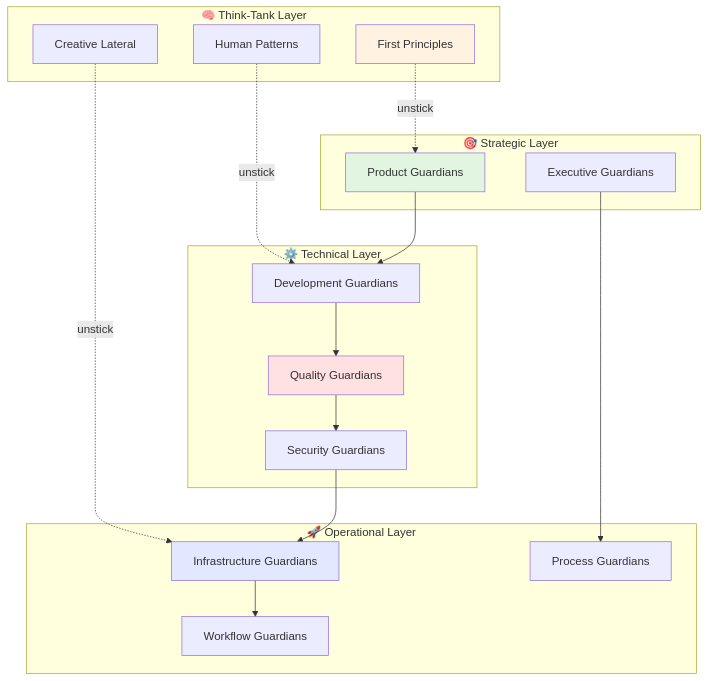
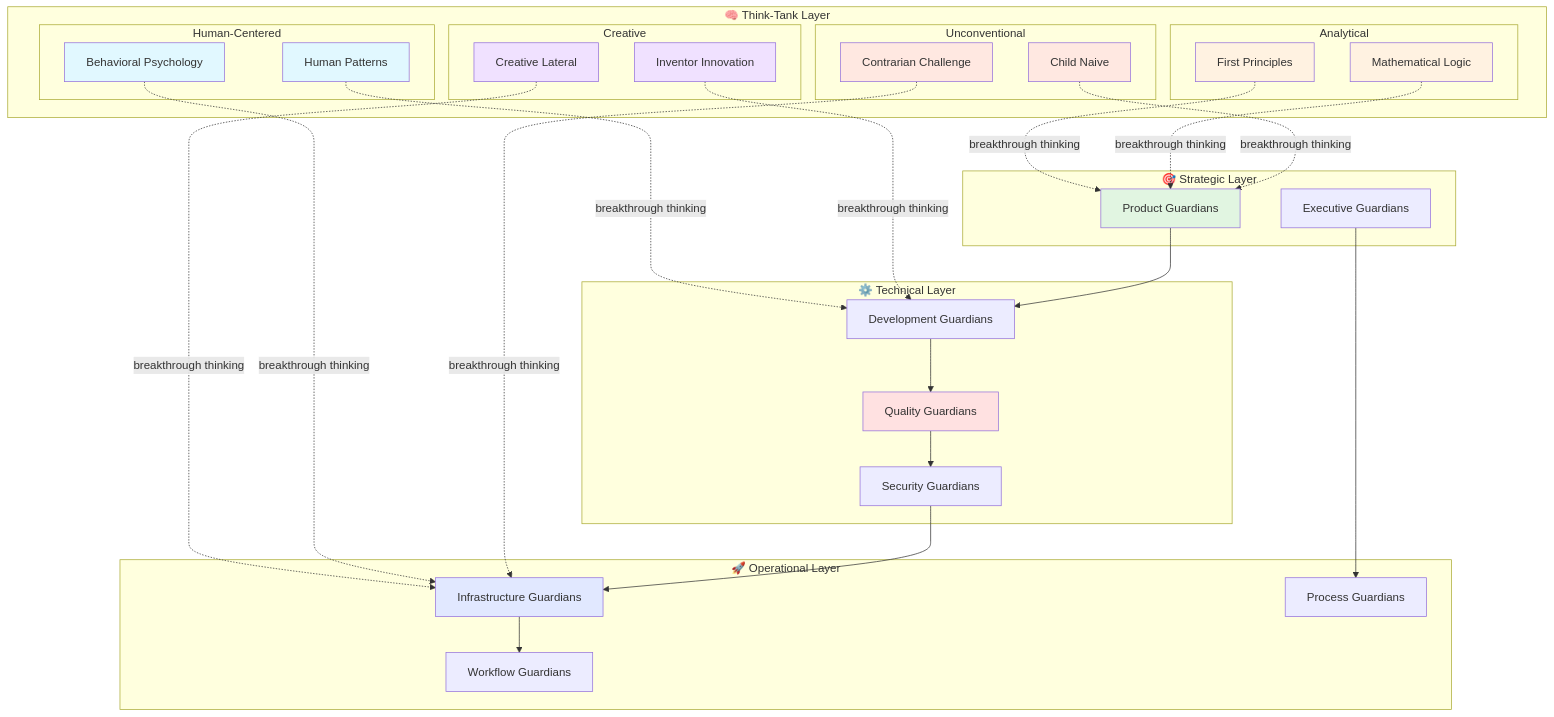
The first of 2 diagrams in README.md (kairin/claude-guardian-agents), drawn with Mermaid before and after one commit. The commit also changed other lines of this file and 40 other files, not shown here.

````diff
--- a/README.md
+++ b/README.md
@@ -23,41 +23,66 @@
 ```mermaid
 graph TB
     subgraph "🧠 Think-Tank Layer"
-        T1[First Principles]
-        T2[Human Patterns]
-        T3[Creative Lateral]
+        subgraph "Analytical"
+            T1[First Principles]
+            T4[Mathematical Logic]
+        end
+        subgraph "Creative"
+            T3[Creative Lateral]
+            T5[Inventor Innovation]
+        end
+        subgraph "Human-Centered"
+            T2[Human Patterns]
+            T6[Behavioral Psychology]
+        end
+        subgraph "Unconventional"
+            T7[Child Naive]
+            T8[Contrarian Challenge]
+        end
     end
-    
+
     subgraph "🎯 Strategic Layer"
         A1[Product Guardians]
         A2[Executive Guardians]
     end
-    
-    subgraph "⚙️ Technical Layer" 
+
+    subgraph "⚙️ Technical Layer"
         B1[Development Guardians]
         B2[Quality Guardians]
         B3[Security Guardians]
     end
-    
+
     subgraph "🚀 Operational Layer"
         C1[Infrastructure Guardians]
-        C2[Process Guardians] 
+        C2[Process Guardians]
         C3[Workflow Guardians]
     end
-    
-    T1 -.->|unstick| A1
-    T2 -.->|unstick| B1
-    T3 -.->|unstick| C1
-    
+
+    T1 -.->|breakthrough thinking| A1
+    T2 -.->|breakthrough thinking| B1
+    T3 -.->|breakthrough thinking| C1
+    T4 -.->|breakthrough thinking| A1
+    T5 -.->|breakthrough thinking| B1
+    T6 -.->|breakthrough thinking| C1
+    T7 -.->|breakthrough thinking| A1
+    T8 -.->|breakthrough thinking| C1
+
     A1 --> B1
     A2 --> C2
     B1 --> B2
     B2 --> B3
     B3 --> C1
     C1 --> C3
-    
+
     style T1 fill:#fff2e1
+    style T2 fill:#e1f8ff
+    style T3 fill:#f0e1ff
+    style T4 fill:#fff2e1
+    style T5 fill:#f0e1ff
+    style T6 fill:#e1f8ff
+    style T7 fill:#ffe8e1
+    style T8 fill:#ffe8e1
     style A1 fill:#e1f5e1
     style B2 fill:#ffe1e1
     style C1 fill:#e1e8ff
 ```
````
